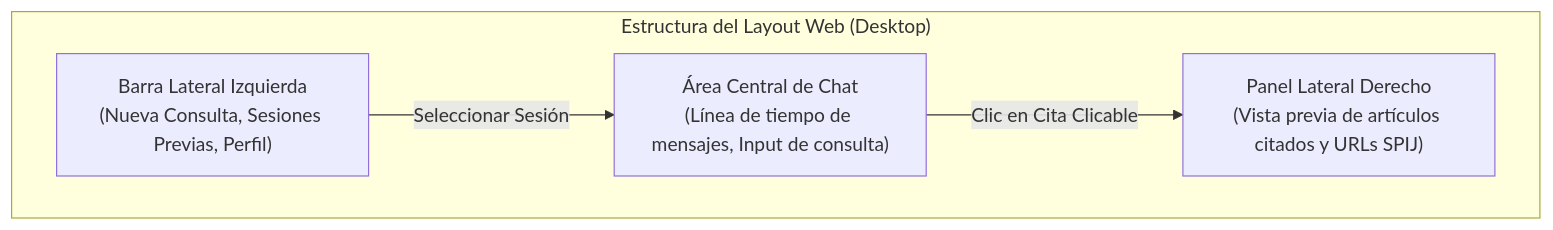
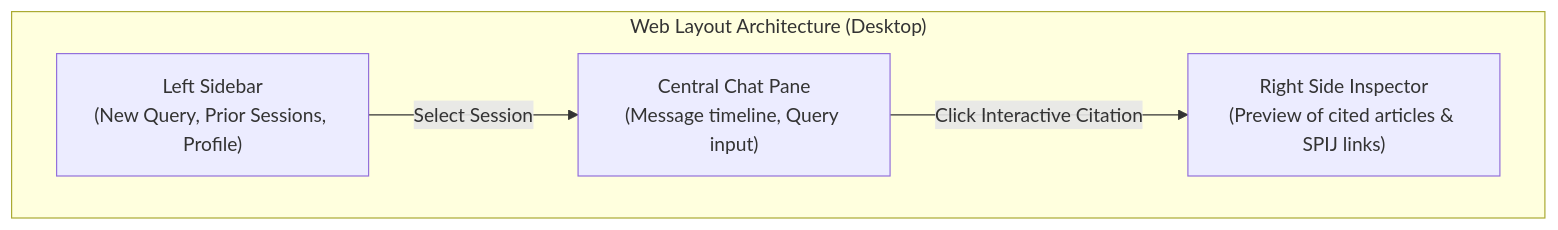
One commit to jorghee/inti-rag changed the diagram in docs/modules/web-interface.md. Above: the diagram before and after it, drawn with Mermaid. The commit also changed other lines of this file and 9 other files, not shown here.

````diff
--- a/docs/modules/web-interface.md
+++ b/docs/modules/web-interface.md
@@ -31,11 +31,11 @@
 ```mermaid
 flowchart TD
-    subgraph Layout["Estructura del Layout Web (Desktop)"]
-        Sidebar["Barra Lateral Izquierda\n(Nueva Consulta, Sesiones Previas, Perfil)"]
-        ChatMain["Área Central de Chat\n(Línea de tiempo de mensajes, Input de consulta)"]
-        CitationPanel["Panel Lateral Derecho\n(Vista previa de artículos citados y URLs SPIJ)"]
+    subgraph Layout["Web Layout Architecture (Desktop)"]
+        Sidebar["Left Sidebar\n(New Query, Prior Sessions, Profile)"]
+        ChatMain["Central Chat Pane\n(Message timeline, Query input)"]
+        CitationPanel["Right Side Inspector\n(Preview of cited articles & SPIJ links)"]
     end
 
-    Sidebar -->|Seleccionar Sesión| ChatMain
-    ChatMain -->|Clic en Cita Clicable| CitationPanel
+    Sidebar -->|Select Session| ChatMain
+    ChatMain -->|Click Interactive Citation| CitationPanel
 ```
````
